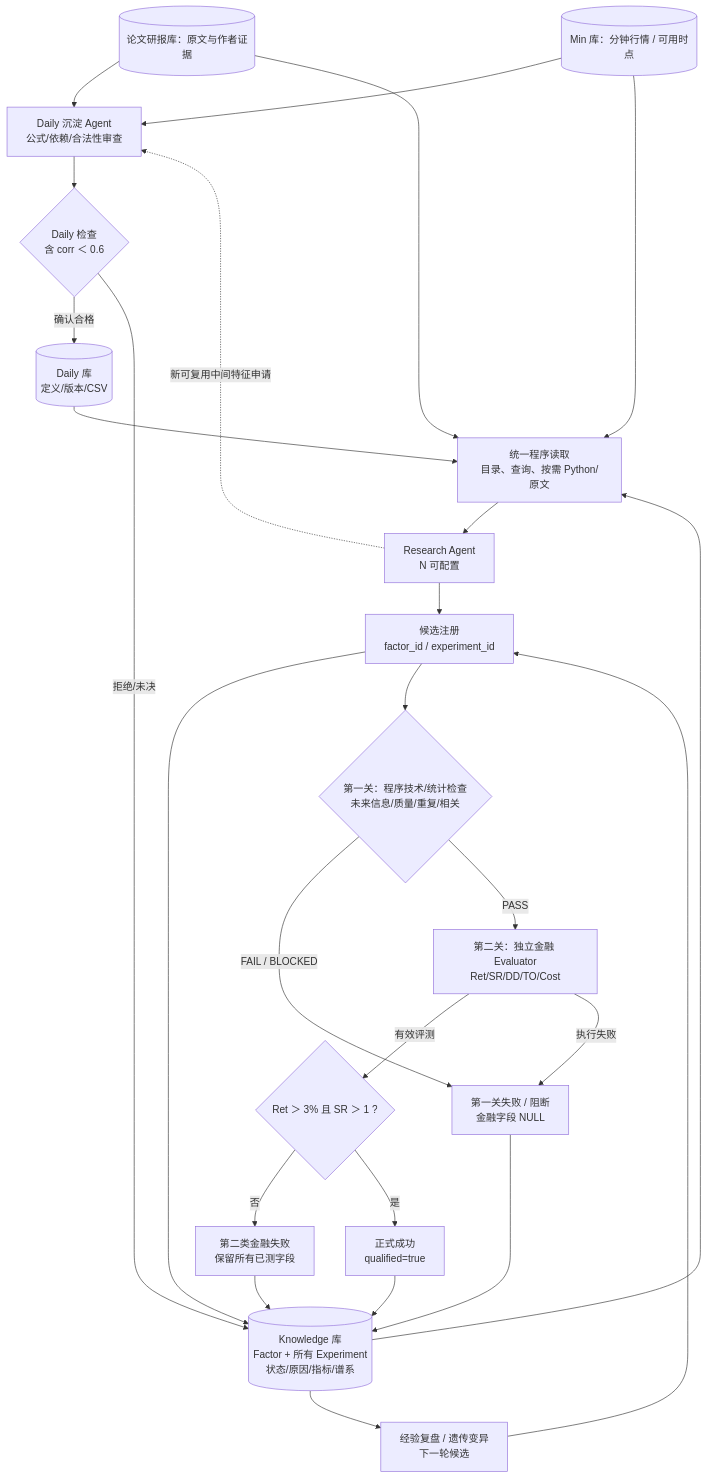
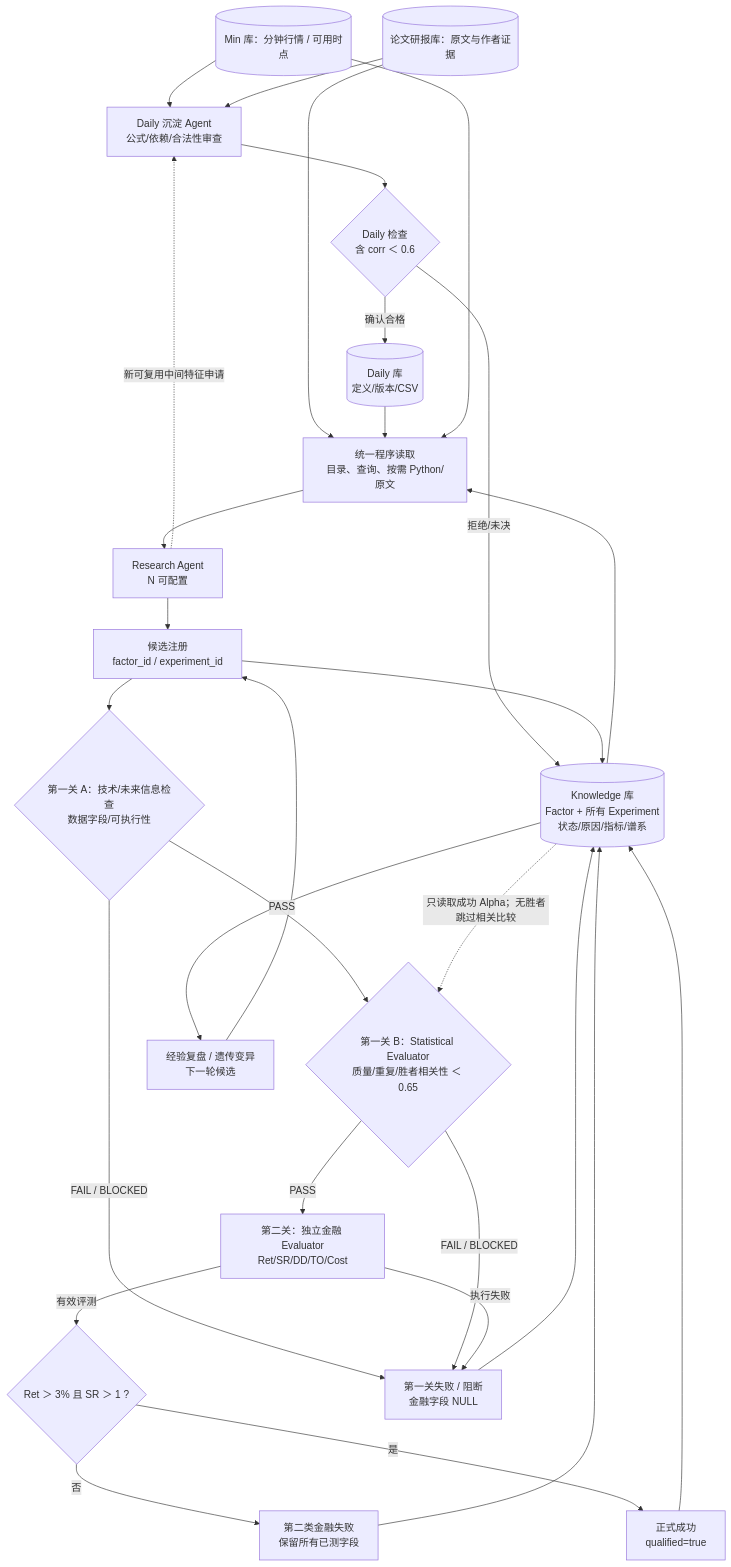
Before and after one commit to epshoron/JXwork: the diagram in shared/architecture/V1.0.1/RESEARCH_LOOP.md, drawn with Mermaid. The commit also changed other lines of this file and 2 other files, not shown here.

Commit message:
Reflect winner-only 0.65 rule in Research Loop diagram and research protocol

````diff
--- a/shared/architecture/V1.0.1/RESEARCH_LOOP.md
+++ b/shared/architecture/V1.0.1/RESEARCH_LOOP.md
@@ -7,44 +7,48 @@
 ```mermaid
 flowchart TD
   MIN[("Min 库：分钟行情 / 可用时点")]
   PAP[("论文研报库：原文与作者证据")]
   CUR["Daily 沉淀 Agent<br/>公式/依赖/合法性审查"]
   DAG{"Daily 检查<br/>含 corr ＜ 0.6"}
   DAILY[("Daily 库<br/>定义/版本/CSV")]
   KNOW[("Knowledge 库<br/>Factor + 所有 Experiment<br/>状态/原因/指标/谱系")]
   READER["统一程序读取<br/>目录、查询、按需 Python/原文"]
   RA["Research Agent<br/>N 可配置"]
   CAND["候选注册<br/>factor_id / experiment_id"]
-  ST{"第一关：程序技术/统计检查<br/>未来信息/质量/重复/相关"}
+  ST{"第一关 A：技术/未来信息检查<br/>数据字段/可执行性"}
+  STAT{"第一关 B：Statistical Evaluator<br/>质量/重复/胜者相关性 ＜ 0.65"}
   EVAL["第二关：独立金融 Evaluator<br/>Ret/SR/DD/TO/Cost"]
   GATE{"Ret ＞ 3% 且 SR ＞ 1 ?"}
   FAIL1["第一关失败 / 阻断<br/>金融字段 NULL"]
   FAIL2["第二类金融失败<br/>保留所有已测字段"]
   OK["正式成功<br/>qualified=true"]
   EVOLVE["经验复盘 / 遗传变异<br/>下一轮候选"]
   MIN --> CUR
   PAP --> CUR
   CUR --> DAG
   DAG -->|"确认合格"| DAILY
   DAG -->|"拒绝/未决"| KNOW
   PAP --> READER
   DAILY --> READER
   KNOW --> READER
   MIN --> READER
   READER --> RA
   RA --> CAND
   CAND --> KNOW
   CAND --> ST
   ST -->|"FAIL / BLOCKED"| FAIL1
-  ST -->|"PASS"| EVAL
+  ST -->|"PASS"| STAT
+  STAT -->|"PASS"| EVAL
+  STAT -->|"FAIL / BLOCKED"| FAIL1
+  KNOW -.->|"只读取成功 Alpha；无胜者跳过相关比较"| STAT
   EVAL -->|"有效评测"| GATE
   EVAL -->|"执行失败"| FAIL1
   GATE -->|"否"| FAIL2
   GATE -->|"是"| OK
   FAIL1 --> KNOW
   FAIL2 --> KNOW
   OK --> KNOW
   KNOW --> EVOLVE
   EVOLVE --> CAND
   RA -.->|"新可复用中间特征申请"| CUR
 ```
````
